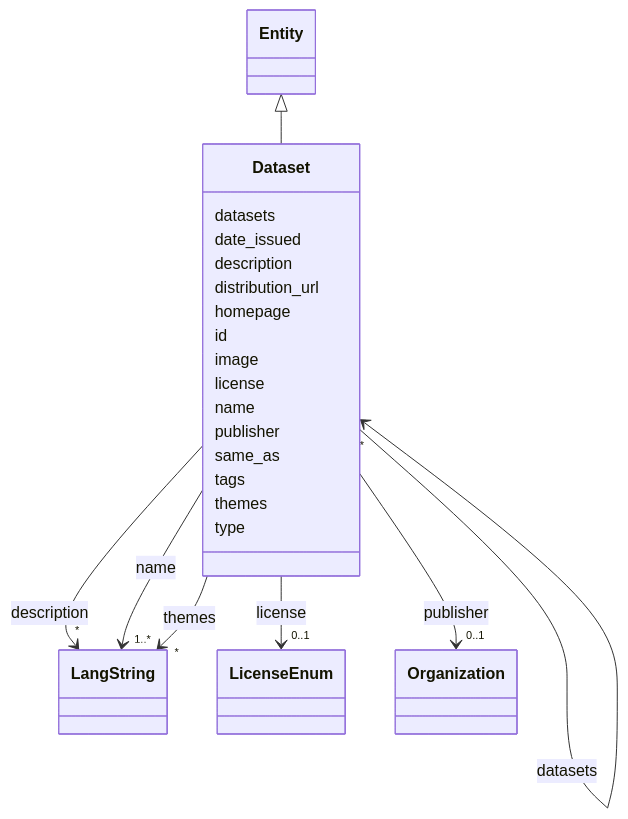
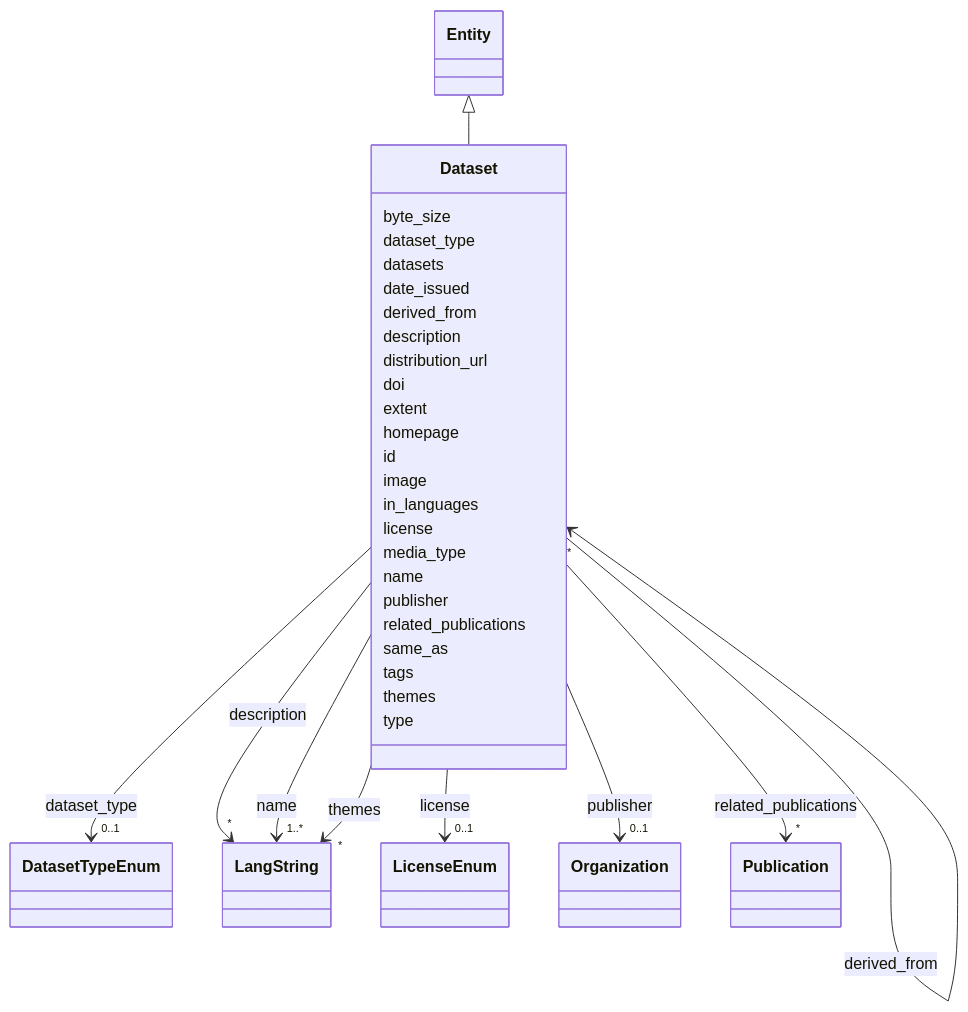
Before and after one commit to DARIAH-IL/idhi-manifests: the diagram in docs/classes/Dataset.md, drawn with Mermaid. The commit also changed other lines of this file and 65 other files, not shown here.

Commit message:
Schema improvements

```diff
--- a/docs/classes/Dataset.md
+++ b/docs/classes/Dataset.md
@@ -28,6 +28,21 @@
 
       
 
+      Dataset : byte_size
+        
+      Dataset : dataset_type
+        
+          
+    
+        
+        
+        Dataset --> "0..1" DatasetTypeEnum : dataset_type
+        
+        click DatasetTypeEnum href "../../enums/DatasetTypeEnum/"
+        
+    
+
+        
       Dataset : datasets
         
           
@@ -40,6 +55,17 @@
 
         
       Dataset : date_issued
+        
+      Dataset : derived_from
+        
+          
+    
+        
+        
+        Dataset --> "*" Dataset : derived_from
+        
+    
+
         
       Dataset : description
         
@@ -56,11 +82,17 @@
         
       Dataset : distribution_url
         
+      Dataset : doi
+        
+      Dataset : extent
+        
       Dataset : homepage
         
       Dataset : id
         
       Dataset : image
+        
+      Dataset : in_languages
         
       Dataset : license
         
@@ -74,6 +106,8 @@
         
     
 
+        
+      Dataset : media_type
         
       Dataset : name
         
@@ -101,6 +135,19 @@
     
 
         
+      Dataset : related_publications
+        
+          
+    
+        
+        
+        Dataset --> "*" Publication : related_publications
+        
+        click Publication href "../../classes/Publication/"
+        
+    
+
+        
       Dataset : same_as
         
       Dataset : tags
```
